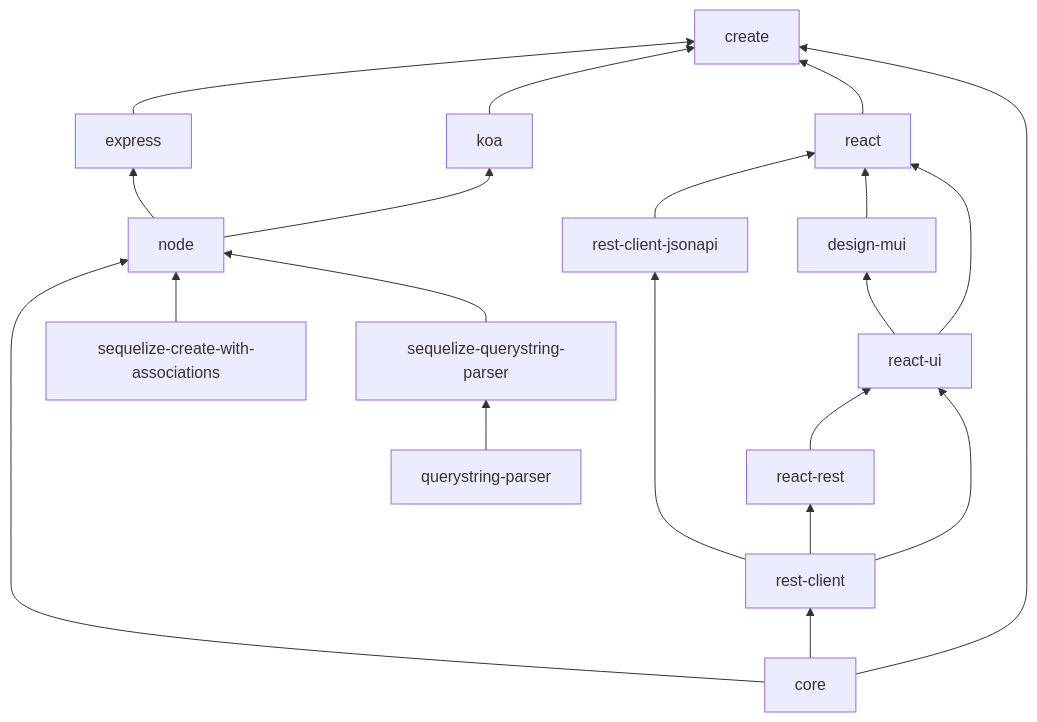
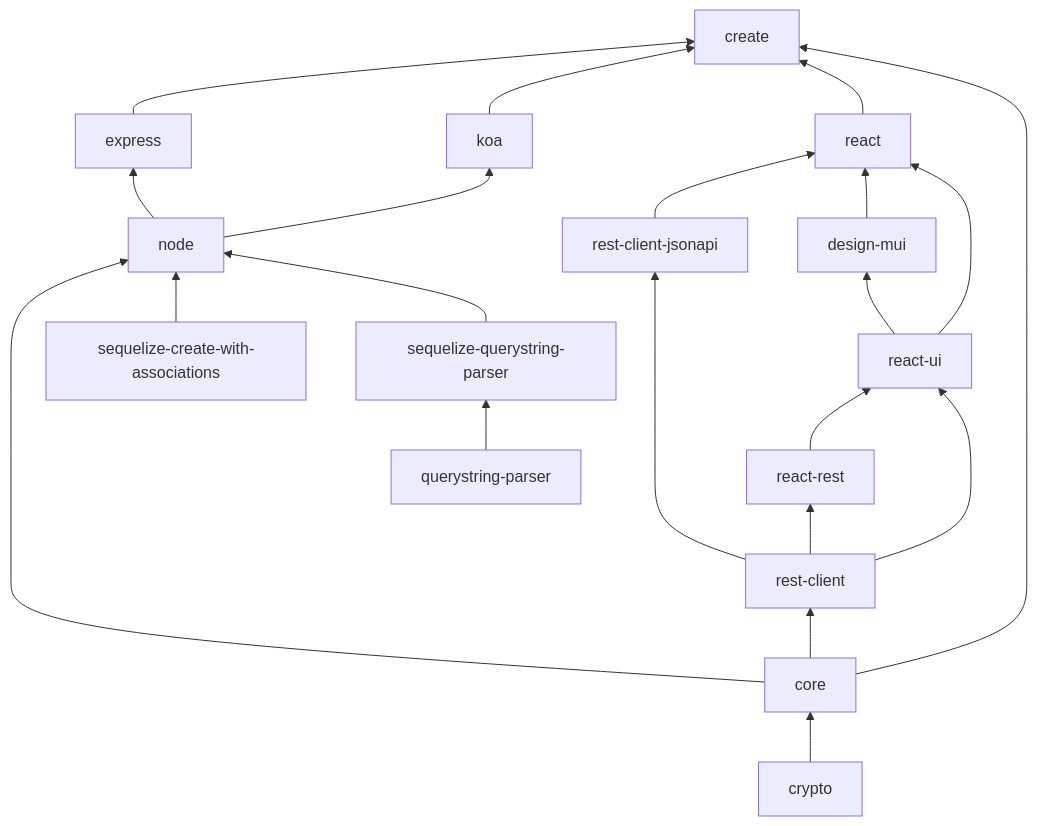
The diagram in docs/subpackages.md (bitovi/hatchify), drawn with Mermaid before and after one commit. The commit also changed 2 other files, not shown here.

````diff
--- a/docs/subpackages.md
+++ b/docs/subpackages.md
@@ -69,22 +69,23 @@
 ```mermaid
   flowchart BT
     A[core] --> B[node]
     B --> C[express]
     B --> D[koa]
     A --> E[rest-client]
     E --> F[rest-client-jsonapi]
     E --> G[react-rest]
     G --> H[react-ui]
     E --> H
     H --> I[design-mui]
     I --> J[react]
     F --> J
     H --> J
     A --> K[create]
     C --> K
     D --> K
     J --> K
     L[sequelize-create-with-associations] --> B
     M[sequelize-querystring-parser] --> B
     N[querystring-parser] --> M
+    O[crypto] --> A
 ```
````
